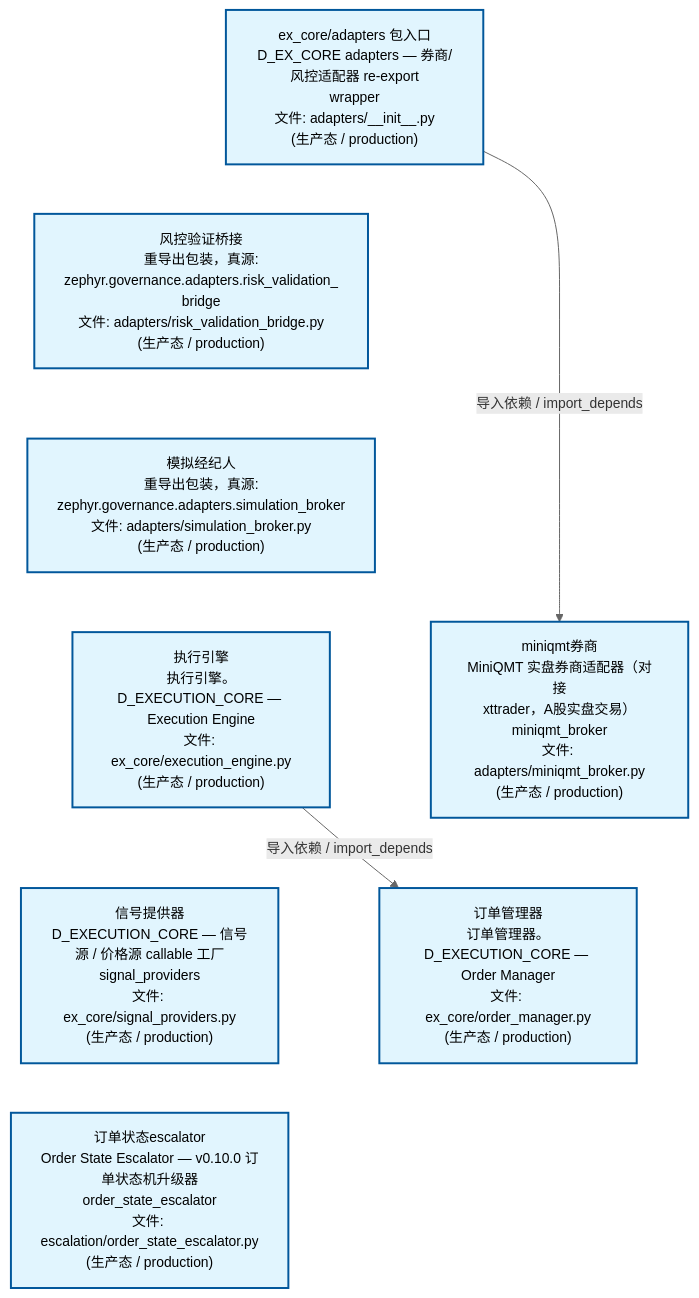
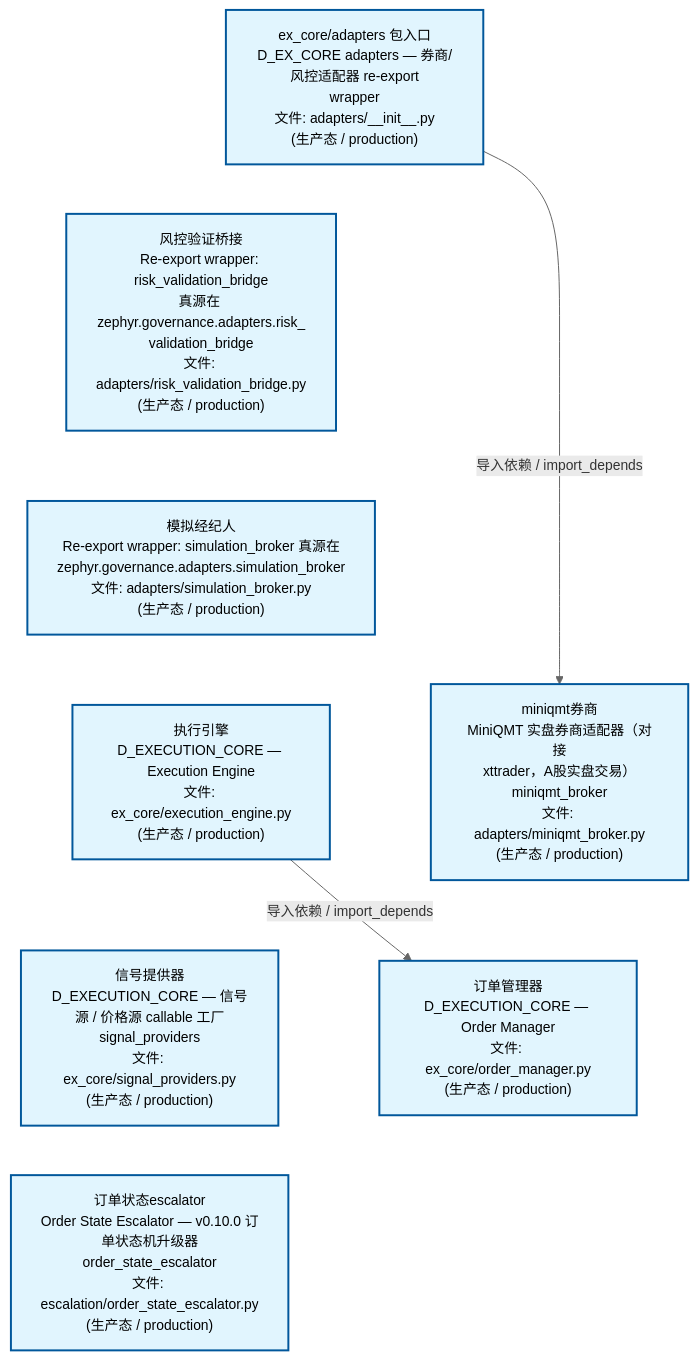
The second of 4 diagrams in docs/02_enterprise_architecture/02_domain_architecture_docs/44_d_ex_core.md (xuanFelixVan/ZephyrAlpha), drawn with Mermaid before and after one commit. The commit also changed other lines of this file and 60 other files, not shown here.

````diff
--- a/docs/02_enterprise_architecture/02_domain_architecture_docs/44_d_ex_core.md
+++ b/docs/02_enterprise_architecture/02_domain_architecture_docs/44_d_ex_core.md
@@ -169,25 +169,25 @@
 ```mermaid
 %%{init: {'theme': 'base', 'themeVariables': {'primaryColor': '#eaeaea', 'primaryTextColor': '#333333', 'primaryBorderColor': '#666666', 'lineColor': '#666666', 'secondaryColor': '#eaeaea', 'tertiaryColor': '#eaeaea', 'fontSize': '14px'}}}%%
 flowchart TD
     src_zephyr_ex_core_adapters_init_py["ex_core/adapters 包入口<br/>D_EX_CORE adapters — 券商/风控适配器 re-export<br/>wrapper<br/>文件: adapters/__init__.py<br/>(生产态 / production)"]
-    src_zephyr_ex_core_adapters_risk_validation_bridge_py["风控验证桥接<br/>重导出包装，真源:<br/>zephyr.governance.adapters.risk_validation_<br/>bridge<br/>文件: adapters/risk_validation_bridge.py<br/>(生产态 / production)"]
-    src_zephyr_ex_core_adapters_simulation_broker_py["模拟经纪人<br/>重导出包装，真源:<br/>zephyr.governance.adapters.simulation_broker<br/>文件: adapters/simulation_broker.py<br/>(生产态 / production)"]
-    src_zephyr_ex_core_execution_engine_py["执行引擎<br/>执行引擎。D_EXECUTION_CORE — Execution Engine<br/>文件: ex_core/execution_engine.py<br/>(生产态 / production)"]
+    src_zephyr_ex_core_adapters_risk_validation_bridge_py["风控验证桥接<br/>Re-export wrapper: risk_validation_bridge<br/>真源在 zephyr.governance.adapters.risk_<br/>validation_bridge<br/>文件: adapters/risk_validation_bridge.py<br/>(生产态 / production)"]
+    src_zephyr_ex_core_adapters_simulation_broker_py["模拟经纪人<br/>Re-export wrapper: simulation_broker 真源在<br/>zephyr.governance.adapters.simulation_broker<br/>文件: adapters/simulation_broker.py<br/>(生产态 / production)"]
+    src_zephyr_ex_core_execution_engine_py["执行引擎<br/>D_EXECUTION_CORE — Execution Engine<br/>文件: ex_core/execution_engine.py<br/>(生产态 / production)"]
     src_zephyr_ex_core_signal_providers_py["信号提供器<br/>D_EXECUTION_CORE — 信号源 / 价格源 callable 工厂<br/>signal_providers<br/>文件: ex_core/signal_providers.py<br/>(生产态 / production)"]
     src_zephyr_governance_escalation_order_state_escalator_py["订单状态escalator<br/>Order State Escalator — v0.10.0 订单状态机升级器<br/>order_state_escalator<br/>文件: escalation/order_state_escalator.py<br/>(生产态 / production)"]
     src_zephyr_ex_core_adapters_init_py ~~~ src_zephyr_ex_core_adapters_risk_validation_bridge_py
     src_zephyr_ex_core_adapters_risk_validation_bridge_py ~~~ src_zephyr_ex_core_adapters_simulation_broker_py
     src_zephyr_ex_core_adapters_simulation_broker_py ~~~ src_zephyr_ex_core_execution_engine_py
     src_zephyr_ex_core_execution_engine_py ~~~ src_zephyr_ex_core_signal_providers_py
     src_zephyr_ex_core_signal_providers_py ~~~ src_zephyr_governance_escalation_order_state_escalator_py
     src_zephyr_ex_core_adapters_miniqmt_broker_py["miniqmt券商<br/>MiniQMT 实盘券商适配器（对接<br/>xttrader，A股实盘交易）<br/>miniqmt_broker<br/>文件: adapters/miniqmt_broker.py<br/>(生产态 / production)"]
-    src_zephyr_ex_core_order_manager_py["订单管理器<br/>订单管理器。D_EXECUTION_CORE — Order Manager<br/>文件: ex_core/order_manager.py<br/>(生产态 / production)"]
+    src_zephyr_ex_core_order_manager_py["订单管理器<br/>D_EXECUTION_CORE — Order Manager<br/>文件: ex_core/order_manager.py<br/>(生产态 / production)"]
     src_zephyr_ex_core_adapters_miniqmt_broker_py ~~~ src_zephyr_ex_core_order_manager_py
     src_zephyr_ex_core_execution_engine_py -->|导入依赖 / import_depends| src_zephyr_ex_core_order_manager_py
     src_zephyr_ex_core_adapters_init_py -->|导入依赖 / import_depends| src_zephyr_ex_core_adapters_miniqmt_broker_py
     classDef production fill:#e1f5fe,stroke:#01579b,stroke-width:2px,color:#000
     classDef design fill:#fff3e0,stroke:#e65100,stroke-width:2px,color:#000,stroke-dasharray: 5 5
     classDef external_prod fill:#e8f4fd,stroke:#0277bd,stroke-width:1px,color:#000
     classDef external_design fill:#fff8e7,stroke:#ef6c00,stroke-width:1px,color:#000,stroke-dasharray: 5 5
     class src_zephyr_ex_core_adapters_init_py,src_zephyr_ex_core_adapters_miniqmt_broker_py,src_zephyr_ex_core_adapters_risk_validation_bridge_py,src_zephyr_ex_core_adapters_simulation_broker_py,src_zephyr_ex_core_execution_engine_py,src_zephyr_ex_core_order_manager_py,src_zephyr_ex_core_signal_providers_py,src_zephyr_governance_escalation_order_state_escalator_py production
 ```
````
